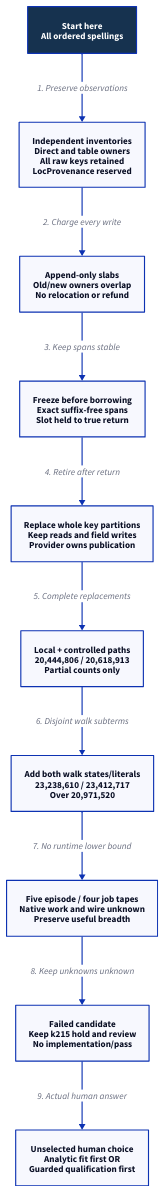
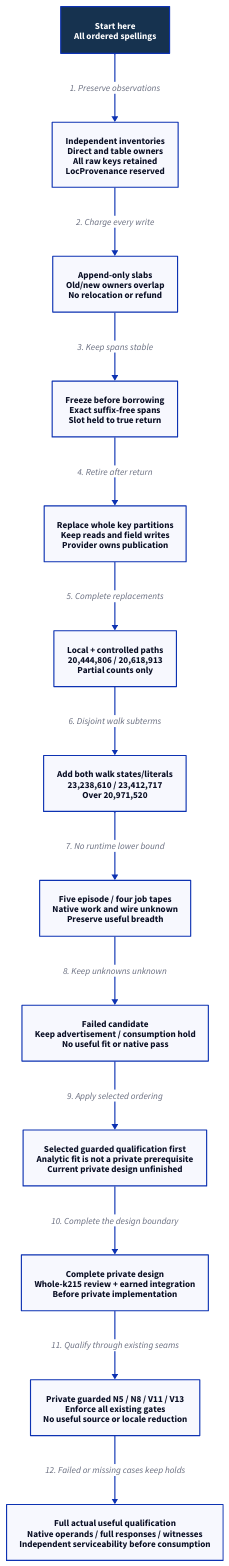
One commit to Linkuistics/Koine changed the diagram in docs/design/architecture/native-metadata-grouped-storage.d2. Above: the diagram before and after it, drawn with D2. The commit also changed 54 other files, not shown here.

Commit message:
Select guarded private application qualification (application-metadata-acceptance-ordering-k235)

```diff
--- a/docs/design/architecture/native-metadata-grouped-storage.d2
+++ b/docs/design/architecture/native-metadata-grouped-storage.d2
@@ -1,24 +1,30 @@
 direction: down
 start: "Start here\nAll ordered spellings" {
  style.fill: "#16324f"
  style.font-color: white
  style.bold: true
 }
 inventories: "Independent inventories\nDirect and table owners\nAll raw keys retained\nLocProvenance reserved"
 slabs: "Append-only slabs\nOld/new owners overlap\nNo relocation or refund"
 frozen: "Freeze before borrowing\nExact suffix-free spans\nSlot held to true return"
 replacement: "Replace whole key partitions\nKeep reads and field writes\nProvider owns publication"
 subtotal: "Local + controlled paths\n20,444,806 / 20,618,913\nPartial counts only"
 walks: "Add both walk states/literals\n23,238,610 / 23,412,717\nOver 20,971,520"
 conditional: "Five episode / four job tapes\nNative work and wire unknown\nPreserve useful breadth"
-hold: "Failed candidate\nKeep k215 hold and review\nNo implementation/pass"
-choice: "Unselected human choice\nAnalytic fit first OR\nGuarded qualification first"
+hold: "Failed candidate\nKeep advertisement / consumption hold\nNo useful fit or native pass"
+choice: "Selected guarded qualification first\nAnalytic fit is not a private prerequisite\nCurrent private design unfinished"
+review: "Complete private design\nWhole-k215 review + earned integration\nBefore private implementation"
+private: "Private guarded N5 / N8 / V11 / V13\nEnforce all existing gates\nNo useful source or locale reduction"
+accept: "Full actual useful qualification\nNative operands / full responses / witnesses\nIndependent serviceability before consumption"
 start -> inventories: "1. Preserve observations"
 inventories -> slabs: "2. Charge every write"
 slabs -> frozen: "3. Keep spans stable"
 frozen -> replacement: "4. Retire after return"
 replacement -> subtotal: "5. Complete replacements"
 subtotal -> walks: "6. Disjoint walk subterms"
 walks -> conditional: "7. No runtime lower bound"
 conditional -> hold: "8. Keep unknowns unknown"
-hold -> choice: "9. Actual human answer"
+hold -> choice: "9. Apply selected ordering"
+choice -> review: "10. Complete the design boundary"
+review -> private: "11. Qualify through existing seams"
+private -> accept: "12. Failed or missing cases keep holds"
```
